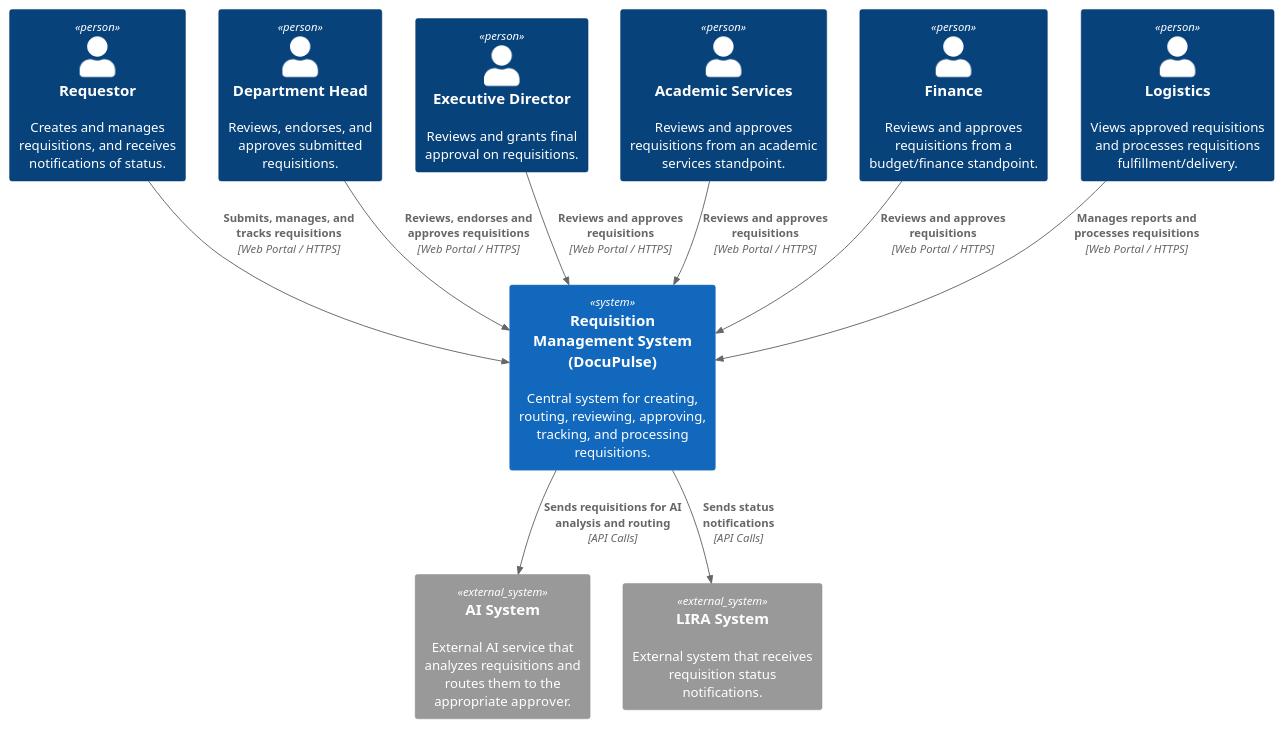
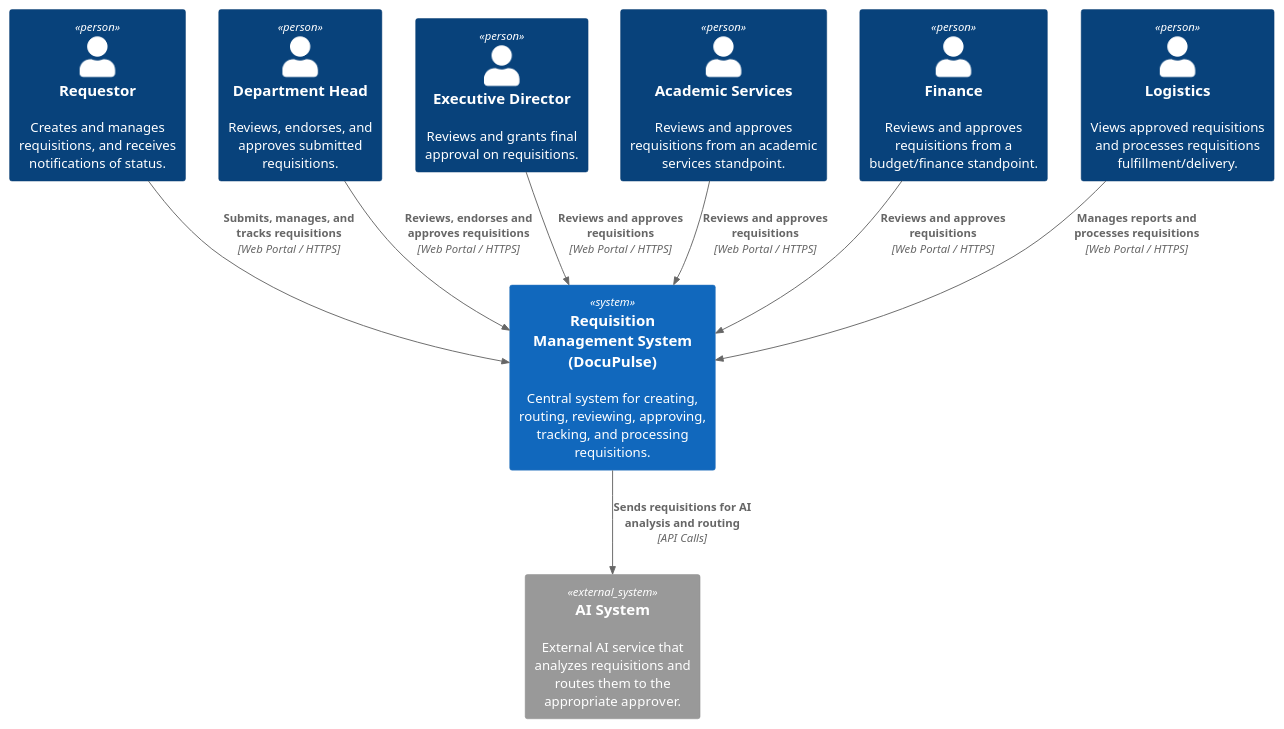
The diagram in docs/MSYADD1/DocuPulse-SystemContextDiagram.puml (APC-SoCIT/APC-2026-2027-T1-IT241-Grp5-DocuPulse-An-AI-Assisted-Phygital-Document-Tracking-System), drawn with PlantUML before and after one commit. The commit also changed 3 other files, not shown here.

Commit message:
code diagram fixes

```diff
--- a/docs/MSYADD1/DocuPulse-SystemContextDiagram.puml
+++ b/docs/MSYADD1/DocuPulse-SystemContextDiagram.puml
@@ -1,26 +1,24 @@
-@startuml DocuPulse_C4_Context
-!include <C4/C4_Context>
+@startuml DocuPulse-Context
+!include https://raw.githubusercontent.com/plantuml-stdlib/C4-PlantUML/master/C4_Context.puml
 
 Person(requestor, "Requestor", "Creates and manages requisitions, and receives notifications of status.")
-Person(depthead, "Department Head", "Reviews, endorses, and approves submitted requisitions.")
-Person(exec, "Executive Director", "Reviews and grants final approval on requisitions.")
-Person(acad, "Academic Services", "Reviews and approves requisitions from an academic services standpoint.")
+Person(dept_head, "Department Head", "Reviews, endorses, and approves submitted requisitions.")
+Person(exec_director, "Executive Director", "Reviews and grants final approval on requisitions.")
+Person(academic, "Academic Services", "Reviews and approves requisitions from an academic services standpoint.")
 Person(finance, "Finance", "Reviews and approves requisitions from a budget/finance standpoint.")
 Person(logistics, "Logistics", "Views approved requisitions and processes requisitions fulfillment/delivery.")
 
 System(docupulse, "Requisition Management System (DocuPulse)", "Central system for creating, routing, reviewing, approving, tracking, and processing requisitions.")
 
-System_Ext(ai, "AI System", "External AI service that analyzes requisitions and routes them to the appropriate approver.")
-System_Ext(lira, "LIRA System", "External system that receives requisition status notifications.")
+System_Ext(ai_system, "AI System", "External AI service that analyzes requisitions and routes them to the appropriate approver.")
 
-Rel_D(requestor, docupulse, "Submits, manages, and tracks requisitions", "Web Portal / HTTPS")
-Rel_D(depthead, docupulse, "Reviews, endorses and approves requisitions", "Web Portal / HTTPS")
-Rel_D(exec, docupulse, "Reviews and approves requisitions", "Web Portal / HTTPS")
-Rel_D(acad, docupulse, "Reviews and approves requisitions", "Web Portal / HTTPS")
-Rel_D(finance, docupulse, "Reviews and approves requisitions", "Web Portal / HTTPS")
-Rel_D(logistics, docupulse, "Manages reports and processes requisitions", "Web Portal / HTTPS")
+Rel(requestor, docupulse, "Submits, manages, and tracks requisitions", "Web Portal / HTTPS")
+Rel(dept_head, docupulse, "Reviews, endorses and approves requisitions", "Web Portal / HTTPS")
+Rel(exec_director, docupulse, "Reviews and approves requisitions", "Web Portal / HTTPS")
+Rel(academic, docupulse, "Reviews and approves requisitions", "Web Portal / HTTPS")
+Rel(finance, docupulse, "Reviews and approves requisitions", "Web Portal / HTTPS")
+Rel(logistics, docupulse, "Manages reports and processes requisitions", "Web Portal / HTTPS")
 
-Rel_D(docupulse, ai, "Sends requisitions for AI analysis and routing", "API Calls")
-Rel_D(docupulse, lira, "Sends status notifications", "API Calls")
+Rel(docupulse, ai_system, "Sends requisitions for AI analysis and routing", "API Calls")
 
 @enduml
```
